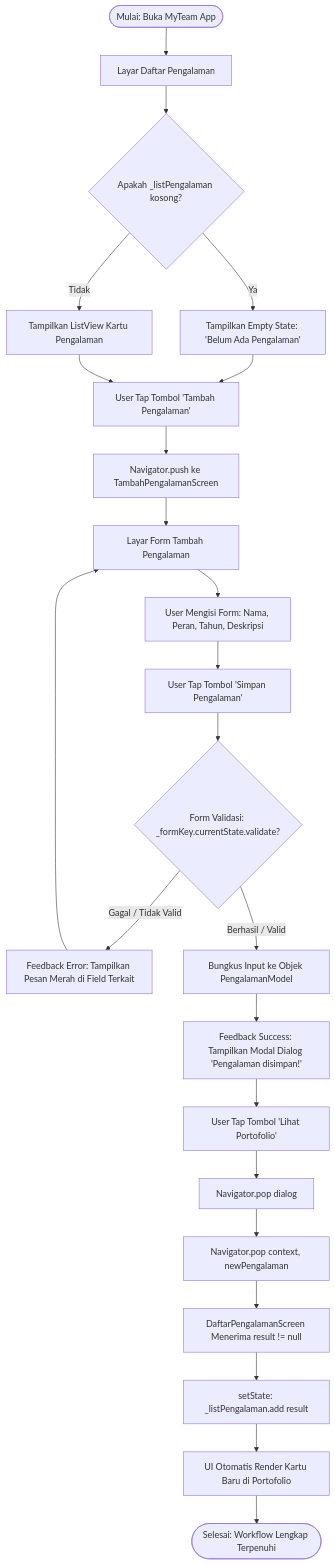
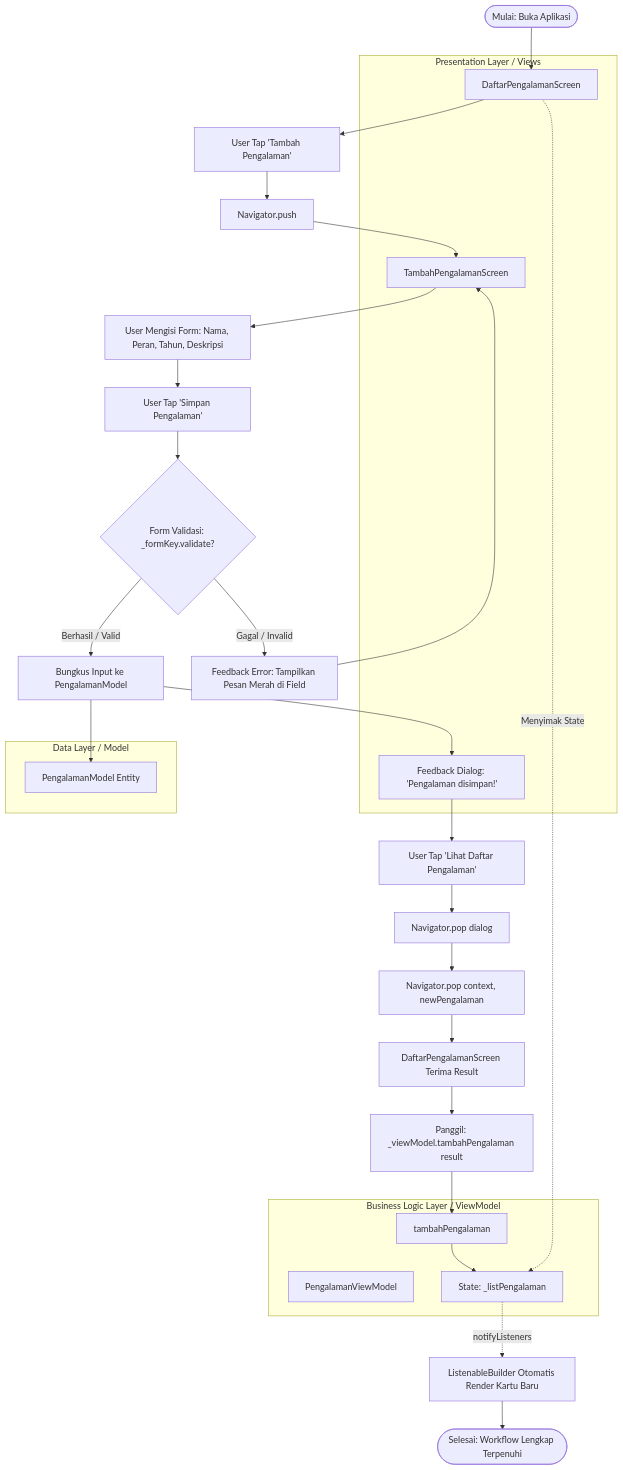
Before and after one commit to accfd/pam-practical-challenge-myteam: the diagram in README.md, drawn with Mermaid. The commit also changed other lines of this file and 3 other files, not shown here.

Commit message:
refactor: implement pure MVVM architecture with ChangeNotifier ViewModel and ListenableBuilder

````diff
--- a/README.md
+++ b/README.md
@@ -160,33 +188,47 @@
 ```mermaid
 flowchart TD
-    Start([Mulai: Buka MyTeam App]) --> ScreenDaftar[Layar Daftar Pengalaman]
-    ScreenDaftar --> CheckData{Apakah _listPengalaman kosong?}
-    CheckData -- Ya --> ShowEmpty[Tampilkan Empty State: 'Belum Ada Pengalaman']
-    CheckData -- Tidak --> ShowList[Tampilkan ListView Kartu Pengalaman]
-    
-    ShowEmpty --> TapTambah[User Tap Tombol 'Tambah Pengalaman']
-    ShowList --> TapTambah
-    
-    TapTambah --> NavPush[Navigator.push ke TambahPengalamanScreen]
-    NavPush --> FormScreen[Layar Form Tambah Pengalaman]
+    subgraph ViewLayer [Presentation Layer / Views]
+        ScreenDaftar[DaftarPengalamanScreen]
+        FormScreen[TambahPengalamanScreen]
+        ShowDialog[Feedback Dialog: 'Pengalaman disimpan!']
+    end
+
+    subgraph VMLayer [Business Logic Layer / ViewModel]
+        VM[PengalamanViewModel]
+        VMState[State: _listPengalaman]
+        VMAction[tambahPengalaman]
+    end
+
+    subgraph ModelLayer [Data Layer / Model]
+        ModelObj[PengalamanModel Entity]
+    end
+
+    Start([Mulai: Buka Aplikasi]) --> ScreenDaftar
+    ScreenDaftar -. Menyimak State .-> VMState
+    ScreenDaftar --> TapTambah[User Tap 'Tambah Pengalaman']
+    TapTambah --> NavPush[Navigator.push]
+    NavPush --> FormScreen
     
     FormScreen --> UserInput[User Mengisi Form: Nama, Peran, Tahun, Deskripsi]
-    UserInput --> TapSimpan[User Tap Tombol 'Simpan Pengalaman']
+    UserInput --> TapSimpan[User Tap 'Simpan Pengalaman']
     
-    TapSimpan --> ValidateCheck{Form Validasi: _formKey.currentState.validate?}
+    TapSimpan --> ValidateCheck{Form Validasi: _formKey.validate?}
     
-    ValidateCheck -- Gagal / Tidak Valid --> ShowError[Feedback Error: Tampilkan Pesan Merah di Field Terkait]
+    ValidateCheck -- Gagal / Invalid --> ShowError[Feedback Error: Tampilkan Pesan Merah di Field]
     ShowError --> FormScreen
     
-    ValidateCheck -- Berhasil / Valid --> PackModel[Bungkus Input ke Objek PengalamanModel]
-    PackModel --> ShowDialog[Feedback Success: Tampilkan Modal Dialog 'Pengalaman disimpan!']
-    ShowDialog --> TapLihat[User Tap Tombol 'Lihat Portofolio']
+    ValidateCheck -- Berhasil / Valid --> PackModel[Bungkus Input ke PengalamanModel]
+    PackModel --> ModelObj
+    PackModel --> ShowDialog
+    ShowDialog --> TapLihat[User Tap 'Lihat Daftar Pengalaman']
     
     TapLihat --> PopDialog[Navigator.pop dialog]
     PopDialog --> PopResult[Navigator.pop context, newPengalaman]
     
-    PopResult --> CatchResult[DaftarPengalamanScreen Menerima result != null]
-    CatchResult --> UpdateState[setState: _listPengalaman.add result]
-    UpdateState --> RenderNewCard[UI Otomatis Render Kartu Baru di Portofolio]
+    PopResult --> CatchResult[DaftarPengalamanScreen Terima Result]
+    CatchResult --> PassToVM[Panggil: _viewModel.tambahPengalaman result]
+    PassToVM --> VMAction
+    VMAction --> VMState
+    VMState -. notifyListeners .-> RenderNewCard[ListenableBuilder Otomatis Render Kartu Baru]
     RenderNewCard --> Finish([Selesai: Workflow Lengkap Terpenuhi])
 ```
````
